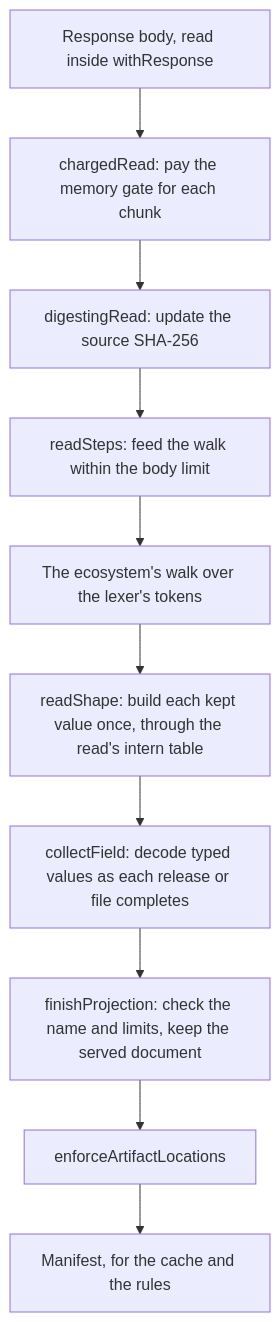
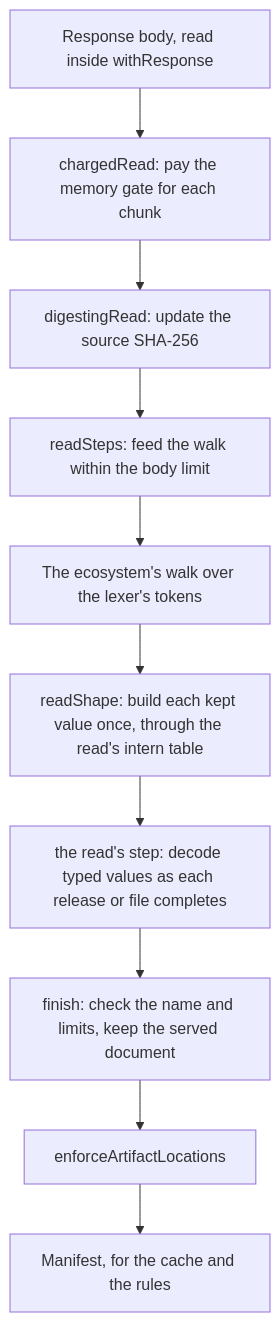
One commit to AlexaDeWit/Ecluse changed the diagram in docs/adding-an-ecosystem.md. Above: the diagram before and after it, drawn with Mermaid. The commit also changed other lines of this file and 66 other files, not shown here.

````diff
--- a/docs/adding-an-ecosystem.md
+++ b/docs/adding-an-ecosystem.md
@@ -48,12 +48,12 @@
 ```mermaid
 flowchart TD
     body["Response body, read inside withResponse"] --> charge["chargedRead: pay the memory gate for each chunk"]
     charge --> digest["digestingRead: update the source SHA-256"]
     digest --> steps["readSteps: feed the walk within the body limit"]
     steps --> walk["The ecosystem's walk over the lexer's tokens"]
     walk --> shape["readShape: build each kept value once, through the read's intern table"]
-    shape --> collect["collectField: decode typed values as each release or file completes"]
-    collect --> finish["finishProjection: check the name and limits, keep the served document"]
+    shape --> collect["the read's step: decode typed values as each release or file completes"]
+    collect --> finish["finish: check the name and limits, keep the served document"]
     finish --> enforce["enforceArtifactLocations"]
     enforce --> manifest["Manifest, for the cache and the rules"]
 ```
````
